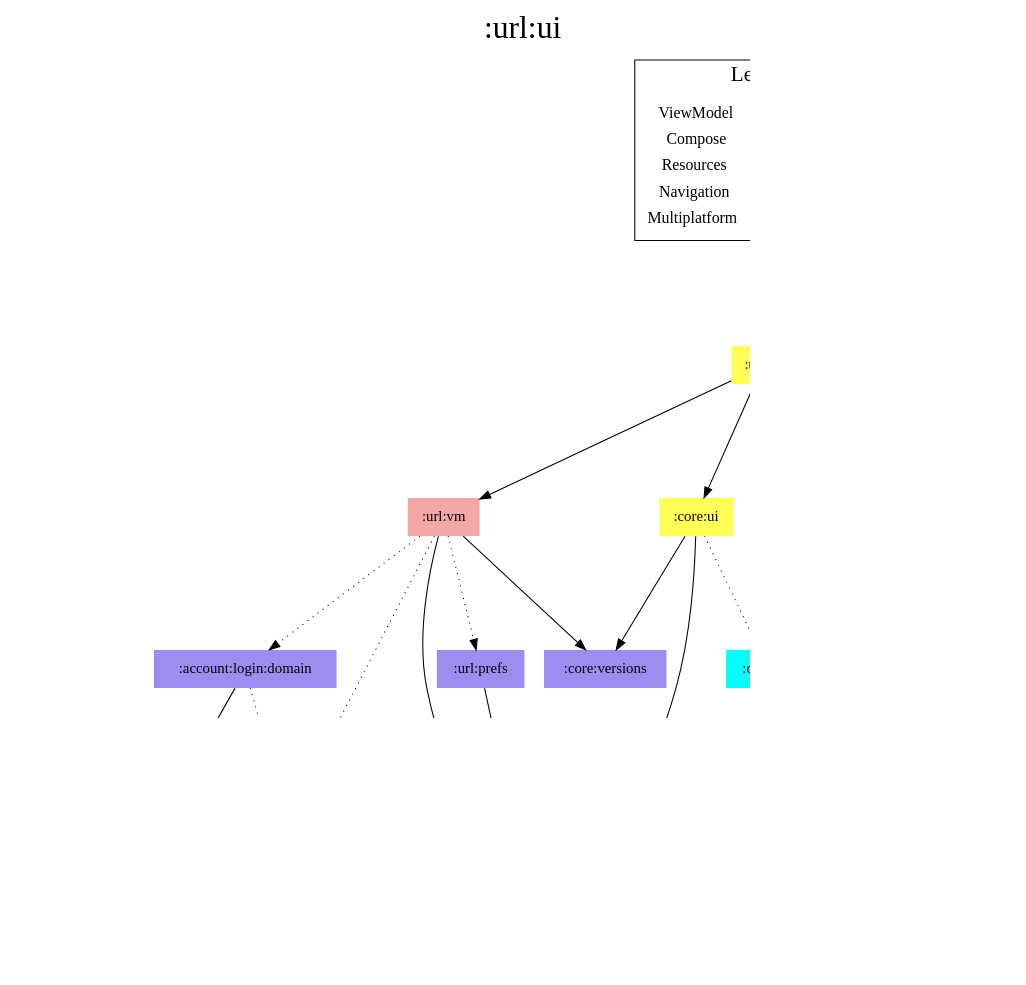
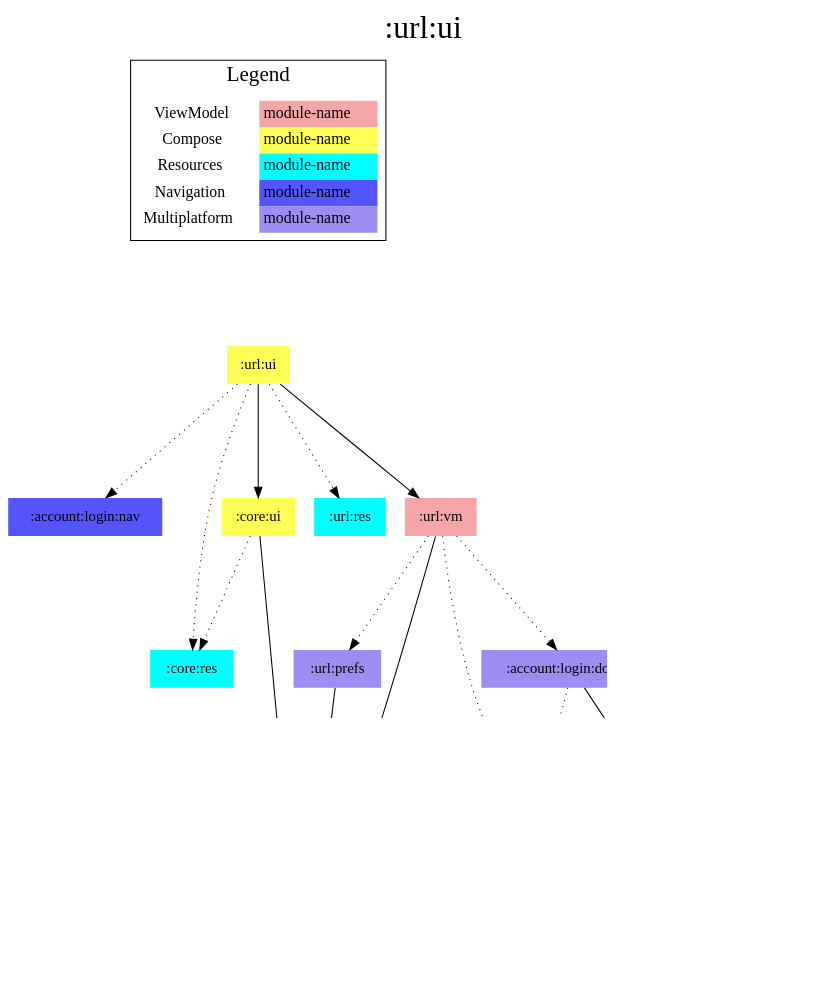
The diagram in modules/url/ui/modules.dot (jonapoul/aktual), drawn with Graphviz before and after one commit. The commit also changed 59 other files, not shown here.

Commit message:
core:versions -> core:model

```diff
--- a/modules/url/ui/modules.dot
+++ b/modules/url/ui/modules.dot
@@ -1,56 +1,53 @@
 digraph {
 edge ["dir"="forward"]
 graph ["dpi"="100","label"=":url:ui","labelloc"="t","fontsize"="30","ranksep"="1.5","rankdir"="TB"]
 node ["style"="filled"]
 ":account:login:domain" ["fillcolor"="#9D8DF1","shape"="none"]
 ":account:login:nav" ["fillcolor"="#5555FF","shape"="none"]
 ":account:model" ["fillcolor"="#9D8DF1","shape"="none"]
 ":api:actual" ["fillcolor"="#9D8DF1","shape"="none"]
 ":budget:model" ["fillcolor"="#9D8DF1","shape"="none"]
 ":codegen:annotation" ["fillcolor"="#9D8DF1","shape"="none"]
 ":core:model" ["fillcolor"="#9D8DF1","shape"="none"]
 ":core:res" ["fillcolor"="#00FFFF","shape"="none"]
 ":core:ui" ["fillcolor"="#FFFF55","shape"="none"]
-":core:versions" ["fillcolor"="#9D8DF1","shape"="none"]
 ":url:prefs" ["fillcolor"="#9D8DF1","shape"="none"]
 ":url:res" ["fillcolor"="#00FFFF","shape"="none"]
 ":url:ui" ["fillcolor"="#FFFF55","shape"="none"]
 ":url:vm" ["fillcolor"="#F5A6A6","shape"="none"]
 {
 edge ["dir"="none"]
 graph ["rank"="same"]
 }
 ":account:login:domain" -> ":account:model"
 ":account:login:domain" -> ":api:actual" ["style"="dotted"]
 ":api:actual" -> ":account:model"
 ":api:actual" -> ":budget:model"
 ":api:actual" -> ":codegen:annotation" ["style"="dotted"]
 ":api:actual" -> ":core:model"
 ":core:ui" -> ":core:model"
 ":core:ui" -> ":core:res" ["style"="dotted"]
-":core:ui" -> ":core:versions"
 ":url:prefs" -> ":core:model"
 ":url:ui" -> ":account:login:nav" ["style"="dotted"]
 ":url:ui" -> ":core:res" ["style"="dotted"]
 ":url:ui" -> ":core:ui"
 ":url:ui" -> ":url:res" ["style"="dotted"]
 ":url:ui" -> ":url:vm"
 ":url:vm" -> ":account:login:domain" ["style"="dotted"]
 ":url:vm" -> ":api:actual" ["style"="dotted"]
 ":url:vm" -> ":core:model"
-":url:vm" -> ":core:versions"
 ":url:vm" -> ":url:prefs" ["style"="dotted"]
 subgraph "cluster_legend" {
 edge ["dir"="none"]
 graph ["label"="Legend","fontsize"="20"]
 "Legend" ["style"="filled","fillcolor"="#FFFFFF","shape"="none","margin"="0","fontsize"="15","label"=<
 <TABLE BORDER="0" CELLBORDER="0" CELLSPACING="0" CELLPADDING="4">
 <TR><TD>ViewModel</TD><TD BGCOLOR="#F5A6A6">module-name</TD></TR>
 <TR><TD>Compose</TD><TD BGCOLOR="#FFFF55">module-name</TD></TR>
 <TR><TD>Resources</TD><TD BGCOLOR="#00FFFF">module-name</TD></TR>
 <TR><TD>Navigation</TD><TD BGCOLOR="#5555FF">module-name</TD></TR>
 <TR><TD>Multiplatform</TD><TD BGCOLOR="#9D8DF1">module-name</TD></TR>
 </TABLE>
 >]
 } -> ":url:ui" ["style"="invis"]
 }
```
